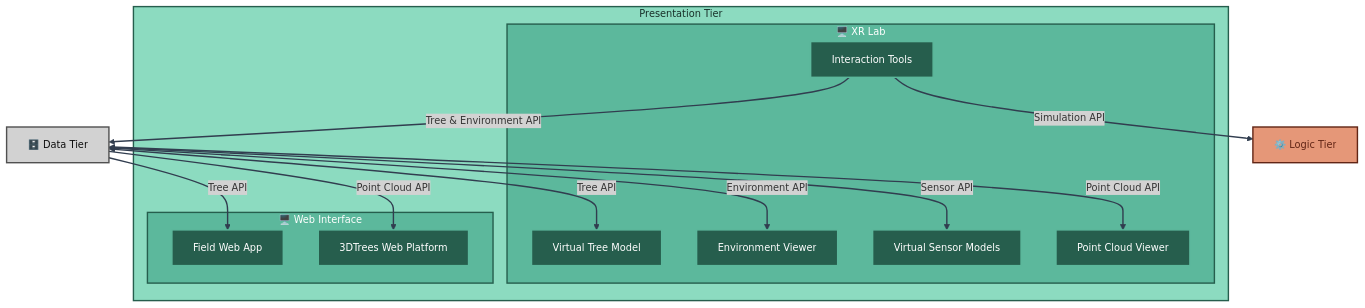
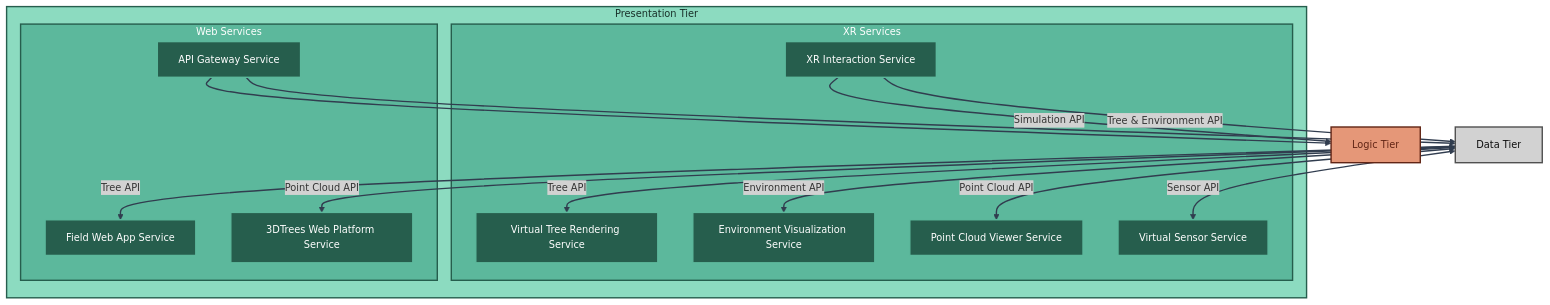
Before and after one commit to XRFutureForests/digital-twin-db: the fourth of 5 diagrams in docs/architecture/architecture.md, drawn with Mermaid. The commit also changed other lines of this file and 3 other files, not shown here.

````diff
--- a/docs/architecture/architecture.md
+++ b/docs/architecture/architecture.md
@@ -238,57 +250,60 @@
 ```mermaid
 %%{
 init: {
 'theme': 'base',
 'themeVariables': {
 'fontSize': '14px',
 'secondaryColor': '#d2d2d2'
 }
 }
 }%%
 flowchart TD
 
-DATA_REF["🗄️ Data Tier"]
+DATA_REF["Data Tier"]
 
-LOGIC_REF["⚙️ Logic Tier"]
+LOGIC_REF["Logic Tier"]
 
 subgraph PRESENTATION_TIER["Presentation Tier"]
 
-subgraph XR["🖥️ XR Lab"]
-XR1[Virtual Tree Model]
-XR2[Environment Viewer]
-XR3[Virtual Sensor Models]
-XR4[Point Cloud Viewer]
-I1[Interaction Tools]
+subgraph XR_SERVICES["XR Services"]
+XS1[Virtual Tree Rendering Service]
+XS2[Environment Visualization Service]
+XS3[Point Cloud Viewer Service]
+XS4[XR Interaction Service]
+XS5[Virtual Sensor Service]
 end
 
-subgraph WEB["🖥️ Web Interface"]
-W1[Field Web App]
-W2[3DTrees Web Platform]
+subgraph WEB_SERVICES["Web Services"]
+WS1[Field Web App Service]
+WS2[3DTrees Web Platform Service]
+WS3[API Gateway Service]
 end
 end
 
-DATA_REF -->|Tree API| W1
-DATA_REF -->|Point Cloud API| W2
-DATA_REF <-->|Tree API| XR1
-DATA_REF <-->|Environment API| XR2
-DATA_REF <-->|Sensor API| XR3
-DATA_REF <-->|Point Cloud API| XR4
-I1 -->|Tree & Environment API| DATA_REF
-I1 -->|Simulation API| LOGIC_REF
+DATA_REF -->|Tree API| WS1
+DATA_REF -->|Point Cloud API| WS2
+WS3 --> DATA_REF
+WS3 --> LOGIC_REF
+DATA_REF <-->|Tree API| XS1
+DATA_REF <-->|Environment API| XS2
+DATA_REF <-->|Point Cloud API| XS3
+DATA_REF <-->|Sensor API| XS5
+XS4 -->|Tree & Environment API| DATA_REF
+XS4 -->|Simulation API| LOGIC_REF
 
 classDef presentationBack fill:#8cdbc0,stroke:#265e4d,stroke-width:2px,color:#183029
 classDef dataTier fill:#d2d2d2,stroke:#505050,stroke-width:2px,color:#0f0f0f
 classDef logicTier fill:#e59778,stroke:#612515,stroke-width:2px,color:#612515
 classDef presentationTier fill:#5cb89c,stroke:#265e4d,stroke-width:2px,color:#ffffff
 classDef dataNode fill:#505050,stroke:#0f0f0f,stroke-width:2px,color:#ffffff
 classDef logicNode fill:#612515,stroke:#ad5643,stroke-width:2px,color:#ffffff
 classDef presentationNode fill:#265e4d,stroke:#5cb89c,stroke-width:2px,color:#ffffff
 
 class PRESENTATION_TIER presentationBack
 class DATA_REF dataTier
 class LOGIC_REF logicTier
-class WEB,XR presentationTier
-class XR1,XR2,XR3,XR4,W1,W2,W3,I1 presentationNode
+class WEB_SERVICES,XR_SERVICES presentationTier
+class XS1,XS2,XS3,XS4,XS5,WS1,WS2,WS3 presentationNode
 
-linkStyle 0,1,2,3,4,5,6,7 stroke:#313d4f,stroke-width:2px
+linkStyle 0,1,2,3,4,5,6,7,8,9 stroke:#313d4f,stroke-width:2px
 ```
````
